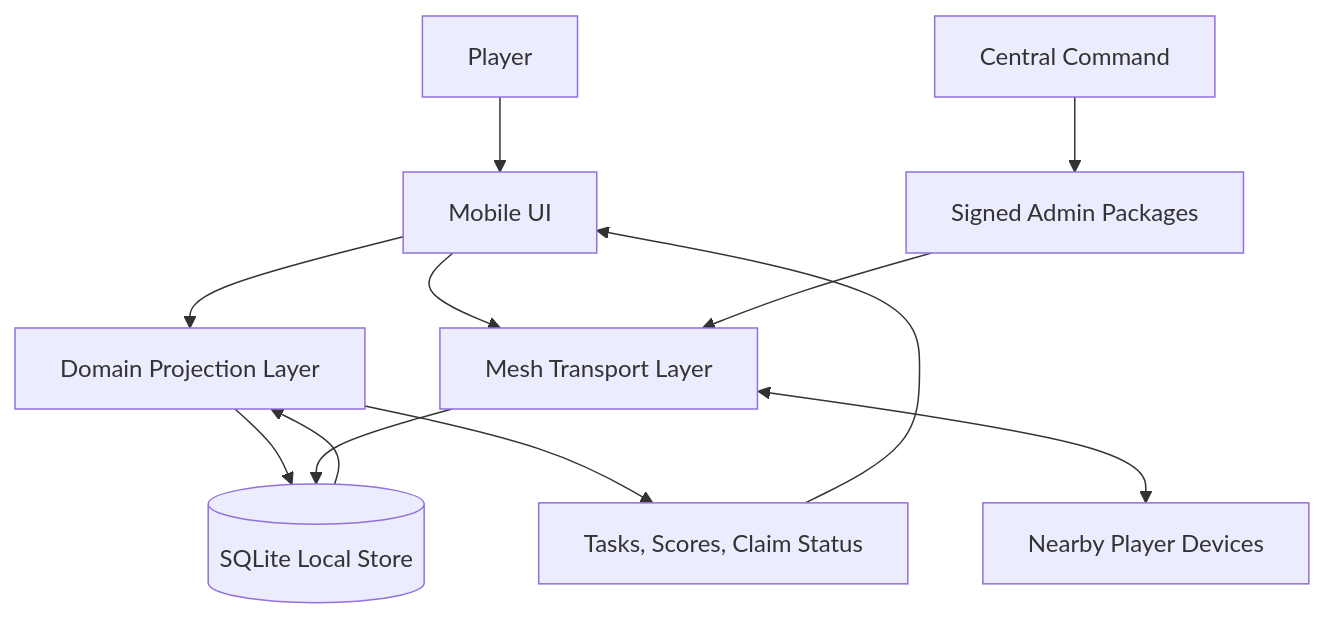
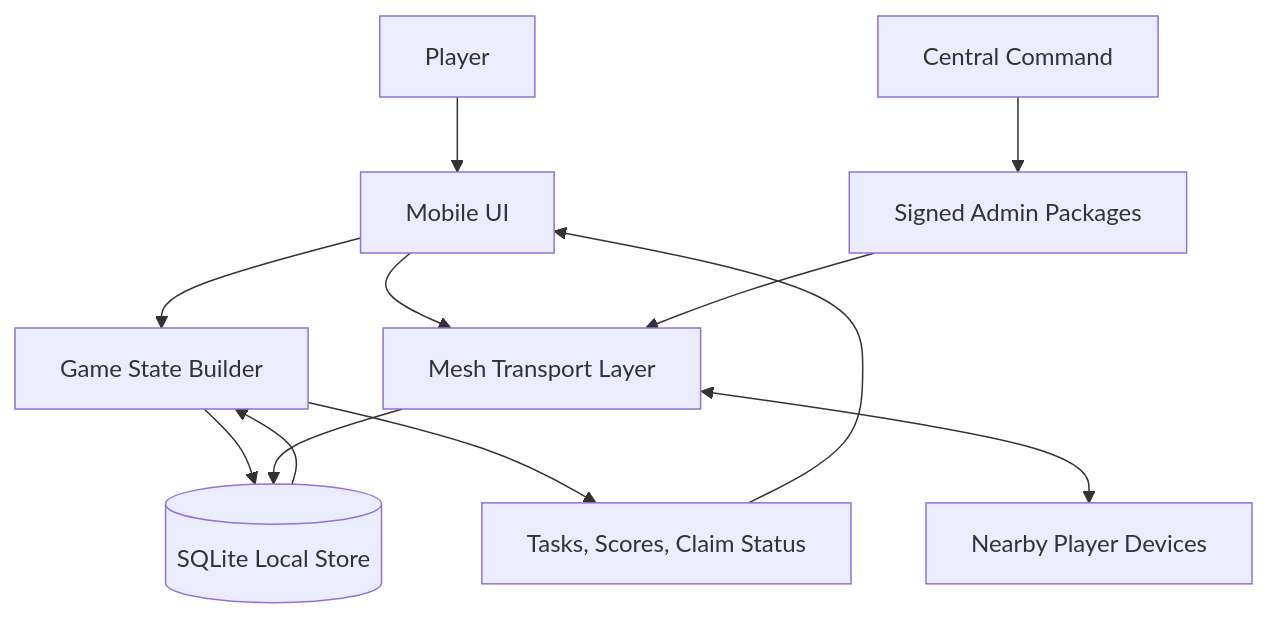
The first of 5 diagrams in docs/design-doc.md (Gabriel-Gerdes/HumanHaunt), drawn with Mermaid before and after one commit. The commit also changed other lines of this file, not shown here.

Commit message:
Updating with "game_state_builder"

````diff
--- a/docs/design-doc.md
+++ b/docs/design-doc.md
@@ -94,14 +94,14 @@
 ```mermaid
 flowchart TD
   player[Player] --> mobile_ui[Mobile UI]
-  mobile_ui --> domain[Domain Projection Layer]
-  domain --> sqlite[(SQLite Local Store)]
+  mobile_ui --> game_state_builder[Game State Builder]
+  game_state_builder --> sqlite[(SQLite Local Store)]
   mobile_ui --> mesh[Mesh Transport Layer]
   mesh --> sqlite
   mesh <--> peer_devices[Nearby Player Devices]
   central[Central Command] --> admin_packages[Signed Admin Packages]
   admin_packages --> mesh
-  sqlite --> domain
-  domain --> views[Tasks, Scores, Claim Status]
+  sqlite --> game_state_builder
+  game_state_builder --> views[Tasks, Scores, Claim Status]
   views --> mobile_ui
 ```
````
